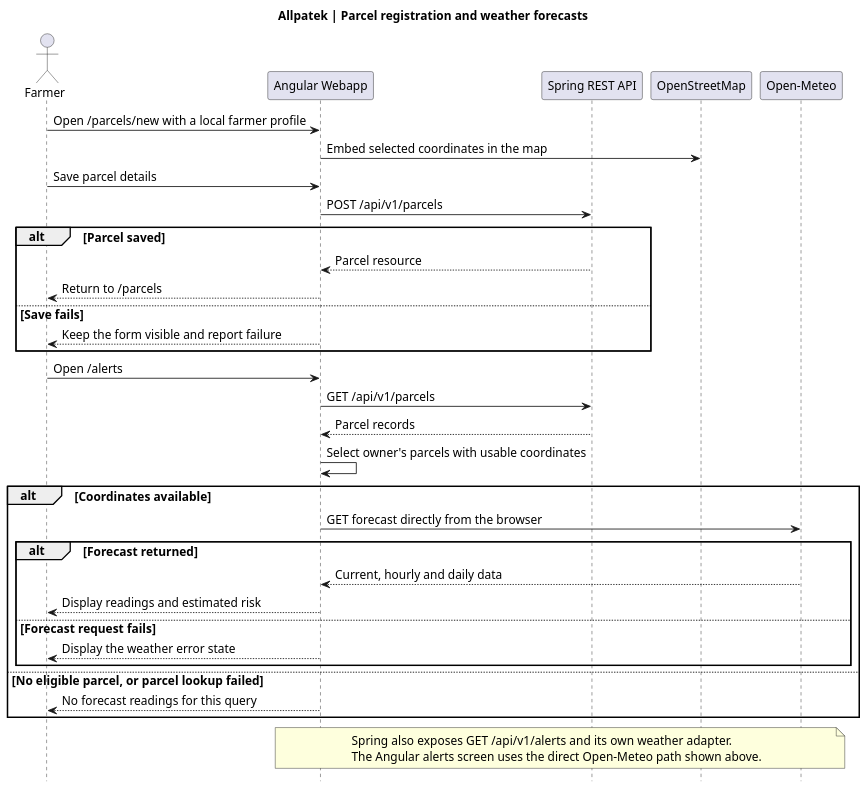
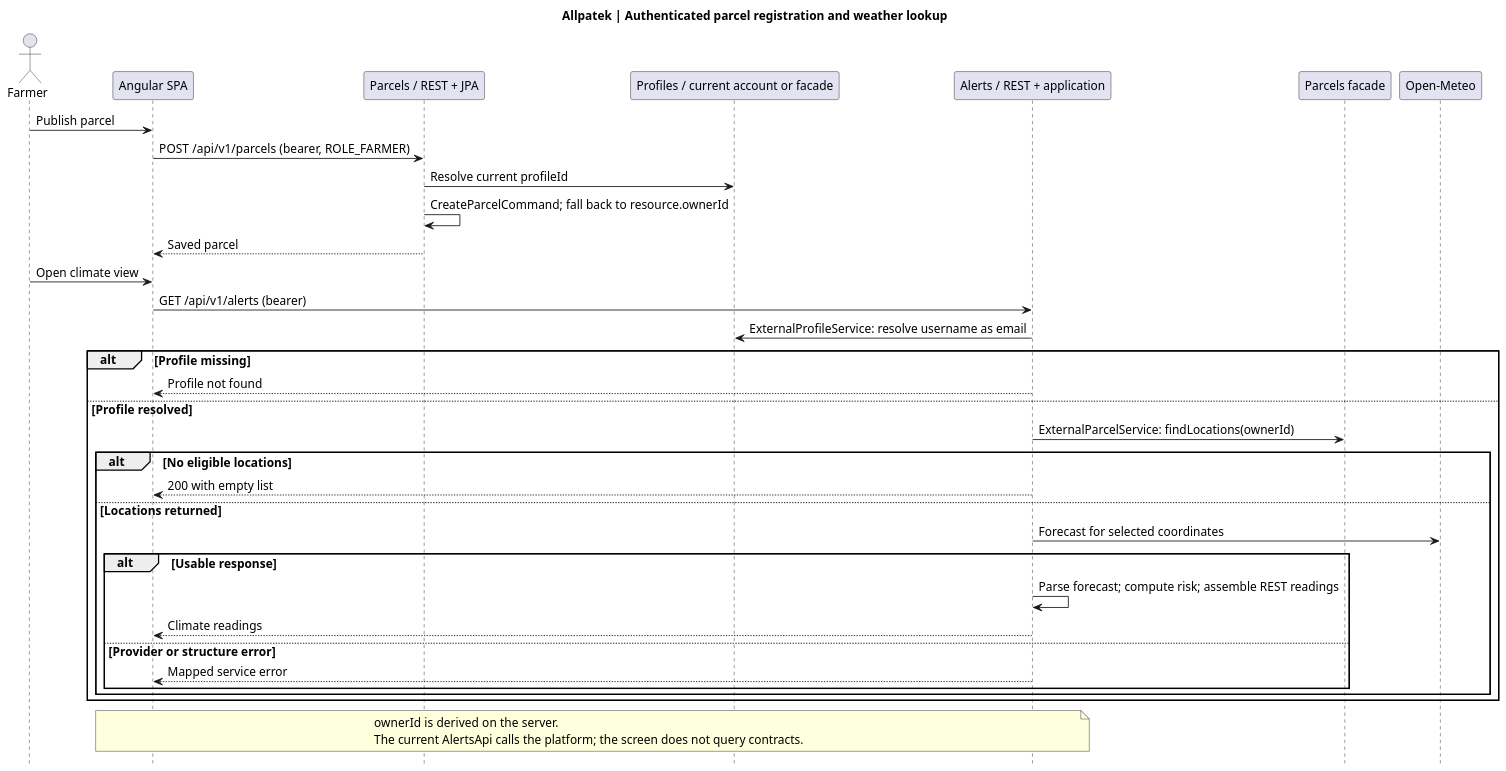
The diagram in assets/chapter-04/architecture/19-flow-parcels-climate.puml (upc-pre-202620-1asi0729-7753-Terranova/allpatek-report), drawn with PlantUML before and after one commit. The commit also changed 3 other files, not shown here.

Commit message:
docs(flows): trace parcel registration and owner weather queries

```diff
--- a/assets/chapter-04/architecture/19-flow-parcels-climate.puml
+++ b/assets/chapter-04/architecture/19-flow-parcels-climate.puml
@@ -1,41 +1,41 @@
 @startuml
-title Allpatek | Parcel registration and weather forecasts
-skinparam shadowing false
+skinparam backgroundColor white
 skinparam defaultFontName SansSerif
 skinparam defaultFontSize 14
+skinparam shadowing false
 skinparam dpi 120
 hide footbox
+title Allpatek | Authenticated parcel registration and weather lookup
 actor Farmer
-participant "Angular Webapp" as Web
-participant "Spring REST API" as Api
-participant "OpenStreetMap" as Maps
-participant "Open-Meteo" as Weather
-
-Farmer -> Web : Open /parcels/new with a local farmer profile
-Web -> Maps : Embed selected coordinates in the map
-Farmer -> Web : Save parcel details
-Web -> Api : POST /api/v1/parcels
-alt Parcel saved
-  Api --> Web : Parcel resource
-  Web --> Farmer : Return to /parcels
-else Save fails
-  Web --> Farmer : Keep the form visible and report failure
+participant "Angular SPA" as Web
+participant "Parcels / REST + JPA" as P
+participant "Profiles / current account or facade" as Pf
+participant "Alerts / REST + application" as A
+participant "Parcels facade" as Pa
+participant "Open-Meteo" as Met
+Farmer -> Web : Publish parcel
+Web -> P : POST /api/v1/parcels (bearer, ROLE_FARMER)
+P -> Pf : Resolve current profileId
+P -> P : CreateParcelCommand; fall back to resource.ownerId
+P --> Web : Saved parcel
+Farmer -> Web : Open climate view
+Web -> A : GET /api/v1/alerts (bearer)
+A -> Pf : ExternalProfileService: resolve username as email
+alt Profile missing
+  A --> Web : Profile not found
+else Profile resolved
+  A -> Pa : ExternalParcelService: findLocations(ownerId)
+  alt No eligible locations
+    A --> Web : 200 with empty list
+  else Locations returned
+    A -> Met : Forecast for selected coordinates
+    alt Usable response
+      A -> A : Parse forecast; compute risk; assemble REST readings
+      A --> Web : Climate readings
+    else Provider or structure error
+      A --> Web : Mapped service error
+    end
+  end
 end
-
-Farmer -> Web : Open /alerts
-Web -> Api : GET /api/v1/parcels
-Api --> Web : Parcel records
-Web -> Web : Select owner's parcels with usable coordinates
-alt Coordinates available
-  Web -> Weather : GET forecast directly from the browser
-  alt Forecast returned
-    Weather --> Web : Current, hourly and daily data
-    Web --> Farmer : Display readings and estimated risk
-  else Forecast request fails
-    Web --> Farmer : Display the weather error state
-  end
-else No eligible parcel, or parcel lookup failed
-  Web --> Farmer : No forecast readings for this query
-end
-note over Web,Weather : Spring also exposes GET /api/v1/alerts and its own weather adapter.\nThe Angular alerts screen uses the direct Open-Meteo path shown above.
+note over Web,A : ownerId is derived on the server.\nThe current AlertsApi calls the platform; the screen does not query contracts.
 @enduml
```
